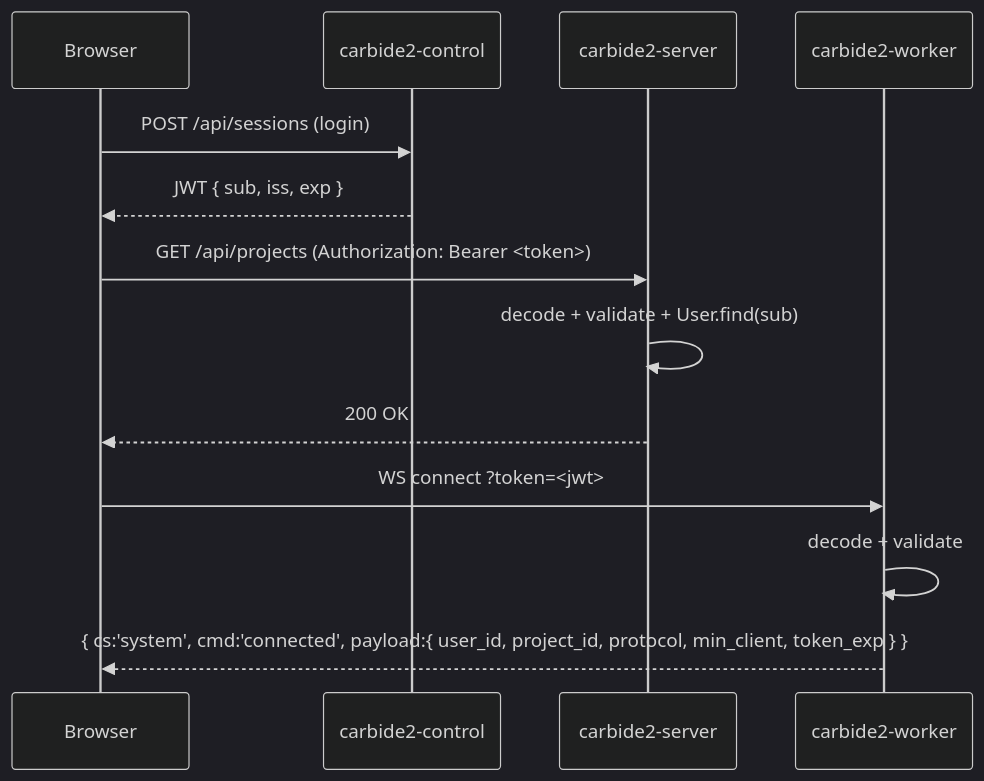
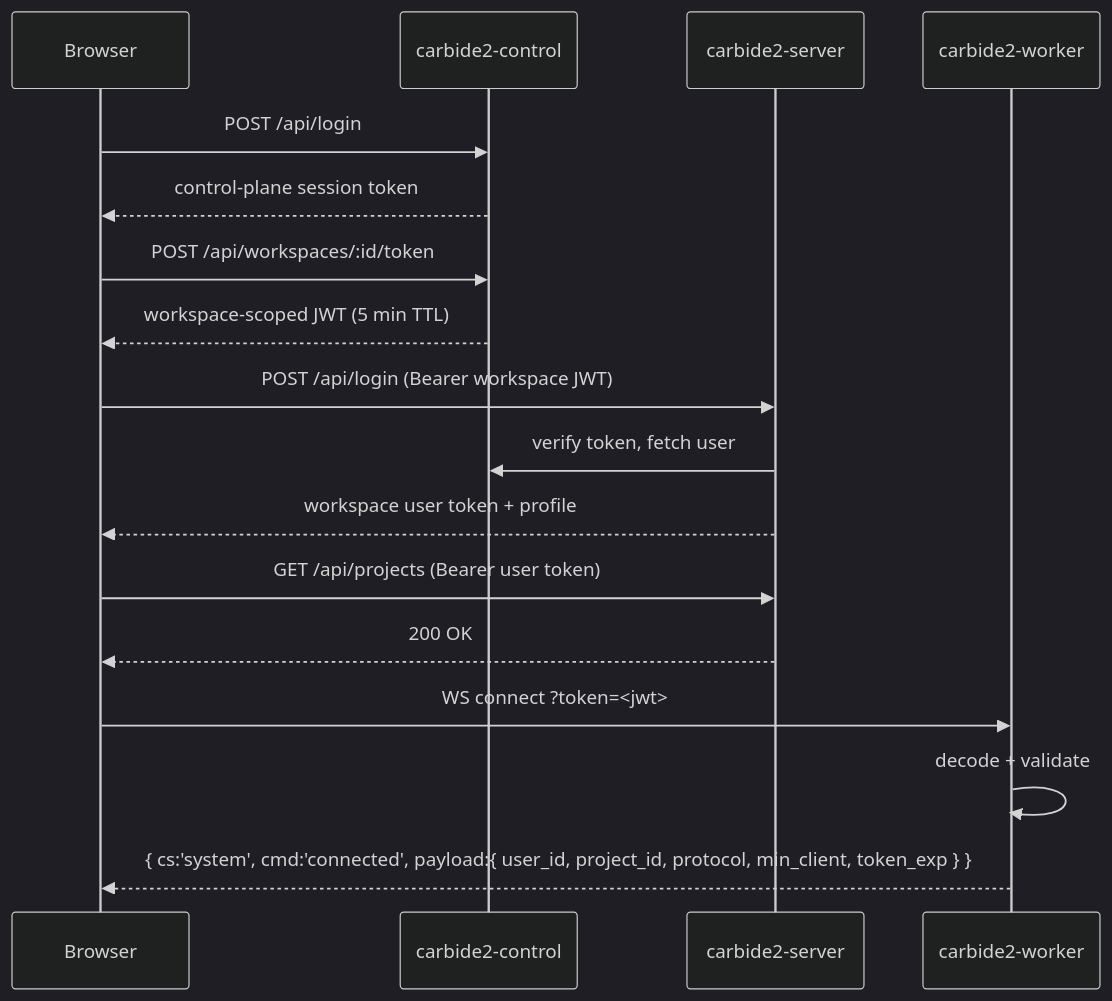
The diagram in src/content/docs/architecture/authentication.mdx (fdimitri/carbide2-docs), drawn with Mermaid (dark theme) before and after one commit. The commit also changed other lines of this file and 17 other files, not shown here.

````diff
--- a/src/content/docs/architecture/authentication.mdx
+++ b/src/content/docs/architecture/authentication.mdx
@@ -55,18 +75,24 @@
 ```mermaid
 sequenceDiagram
   participant Browser
   participant Control as carbide2-control
   participant Server as carbide2-server
   participant Worker as carbide2-worker
 
-  Browser->>Control: POST /api/sessions (login)
-  Control-->>Browser: JWT { sub, iss, exp }
+  Browser->>Control: POST /api/login
+  Control-->>Browser: control-plane session token
 
-  Browser->>Server: GET /api/projects (Authorization: Bearer <token>)
-  Server->>Server: decode + validate + User.find(sub)
+  Browser->>Control: POST /api/workspaces/:id/token
+  Control-->>Browser: workspace-scoped JWT (5 min TTL)
+
+  Browser->>Server: POST /api/login (Bearer workspace JWT)
+  Server->>Control: verify token, fetch user
+  Server-->>Browser: workspace user token + profile
+
+  Browser->>Server: GET /api/projects (Bearer user token)
   Server-->>Browser: 200 OK
 
   Browser->>Worker: WS connect ?token=<jwt>
   Worker->>Worker: decode + validate
   Worker-->>Browser: { cs:'system', cmd:'connected', payload:{ user_id, project_id, protocol, min_client, token_exp } }
 ```
````
